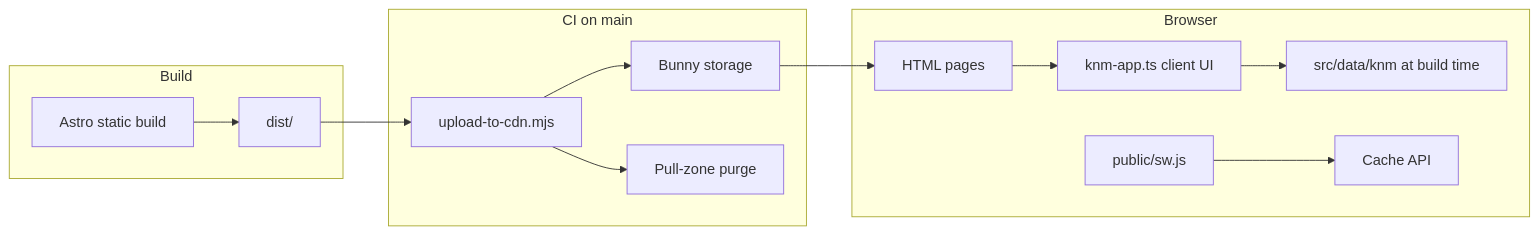
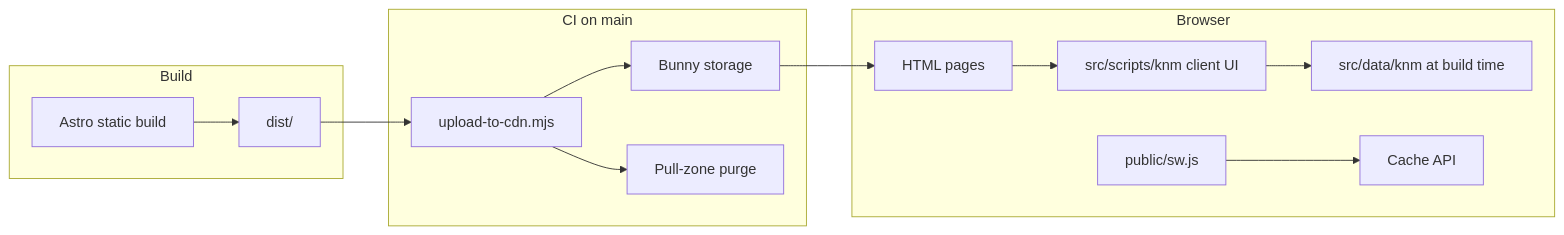
Before and after one commit to sg208/nl-learning: the diagram in ARCHITECTURE.md, drawn with Mermaid. The commit also changed other lines of this file and 96 other files, not shown here.

First line of the commit message:
Refactor KNM into modular app with split data, styles, and tests.

````diff
--- a/ARCHITECTURE.md
+++ b/ARCHITECTURE.md
@@ -9,17 +9,17 @@
 ```mermaid
 flowchart LR
   subgraph build [Build]
     Astro[Astro static build] --> Dist[dist/]
   end
   subgraph ci [CI on main]
     Dist --> Upload[upload-to-cdn.mjs]
     Upload --> Bunny[Bunny storage]
     Upload --> Purge[Pull-zone purge]
   end
   subgraph runtime [Browser]
     Bunny --> Pages[HTML pages]
-    Pages --> KNM[knm-app.ts client UI]
+    Pages --> KNM[src/scripts/knm client UI]
     KNM --> Data[src/data/knm at build time]
     SW[public/sw.js] --> Cache[Cache API]
   end
 ```
````
